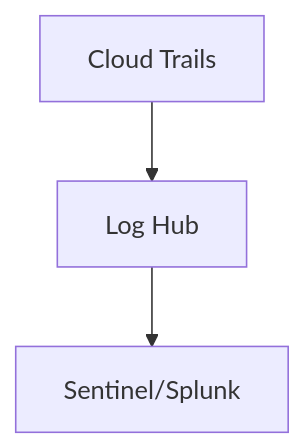
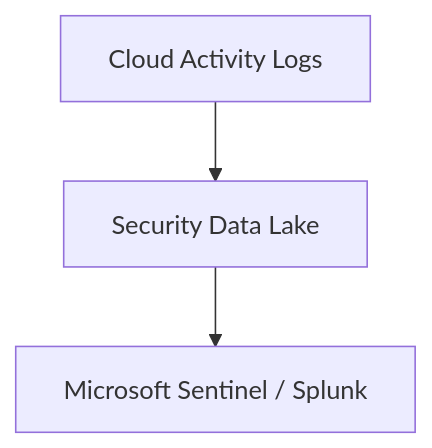
Before and after one commit to Devopstrio/hybrid-landingzone: diagram 15 of 30 in README.md, drawn with Mermaid. The commit also changed other lines of this file, not shown here.

Commit message:
docs: finalize premium institutional-grade README with 30+ diagrams and executive summary

````diff
--- a/README.md
+++ b/README.md
@@ -145,5 +203,5 @@
 ```mermaid
 graph TD
-    Cloud[Cloud Trails] --> Hub[Log Hub]
-    Hub --> SIEM[Sentinel/Splunk]
+    Cloud[Cloud Activity Logs] --> Hub[Security Data Lake]
+    Hub --> SIEM[Microsoft Sentinel / Splunk]
 ```
````
